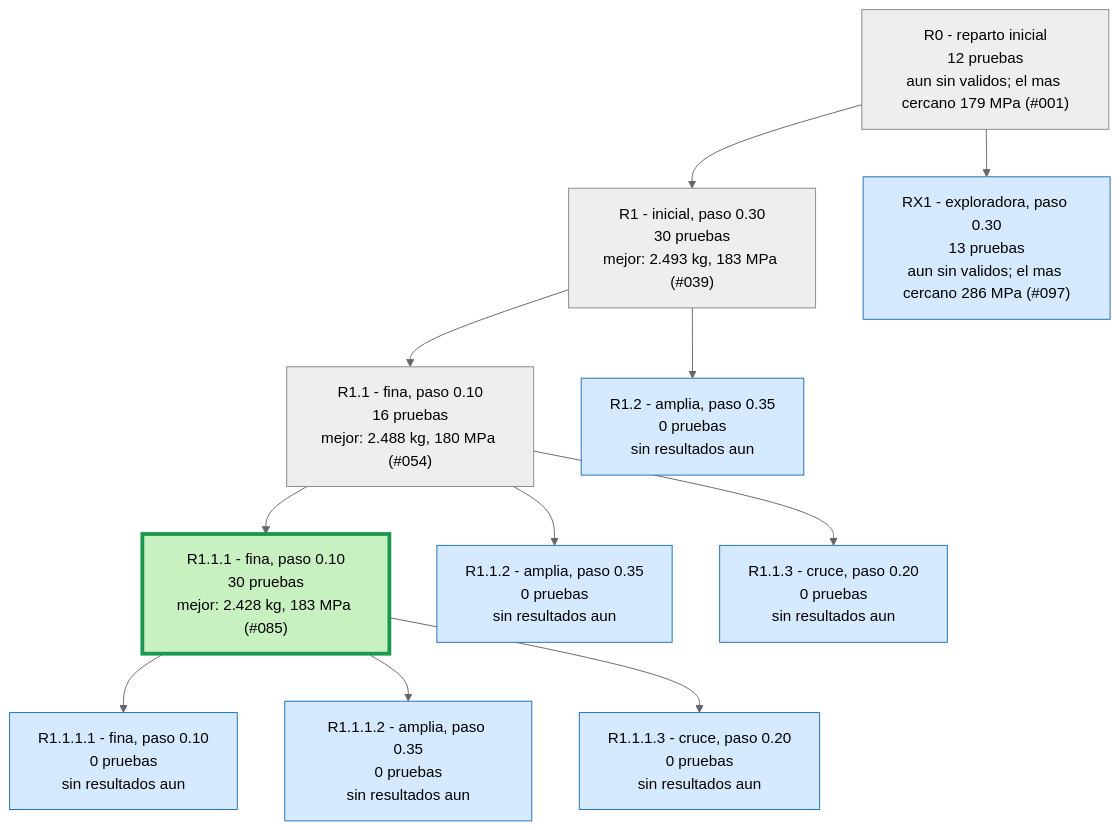
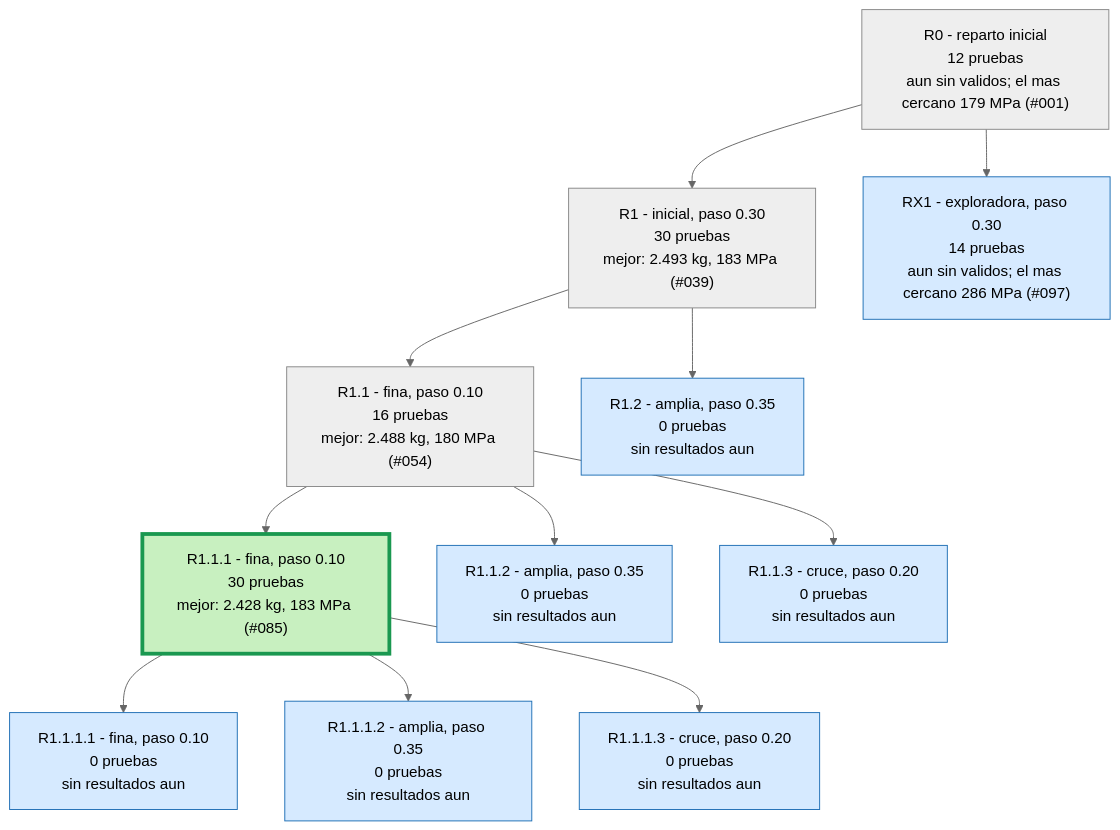
The second of 3 diagrams in runs/opt_37800N/ARBOL.md (Hugiko/msd-soporte-optimizacion), drawn with Mermaid (neutral theme) before and after one commit. The commit also changed 19 other files, not shown here.

````diff
--- a/runs/opt_37800N/ARBOL.md
+++ b/runs/opt_37800N/ARBOL.md
@@ -25,27 +25,27 @@
 ```mermaid
 graph TD
 classDef activa fill:#d6eaff,stroke:#1f6fb5,color:#000
 classDef fin fill:#eeeeee,stroke:#888,color:#000
 classDef mejor fill:#c8f0c0,stroke:#1a9850,stroke-width:4px,color:#000
 R0["R0 - reparto inicial<br/>12 pruebas<br/>aun sin validos; el mas cercano 179 MPa (#001)"]:::fin
 R1["R1 - inicial, paso 0.30<br/>30 pruebas<br/>mejor: 2.493 kg, 183 MPa (#039)"]:::fin
 R0 --> R1
 R1_1["R1.1 - fina, paso 0.10<br/>16 pruebas<br/>mejor: 2.488 kg, 180 MPa (#054)"]:::fin
 R1 --> R1_1
 R1_2["R1.2 - amplia, paso 0.35<br/>0 pruebas<br/>sin resultados aun"]:::activa
 R1 --> R1_2
 R1_1_1["R1.1.1 - fina, paso 0.10<br/>30 pruebas<br/>mejor: 2.428 kg, 183 MPa (#085)"]:::mejor
 R1_1 --> R1_1_1
 R1_1_2["R1.1.2 - amplia, paso 0.35<br/>0 pruebas<br/>sin resultados aun"]:::activa
 R1_1 --> R1_1_2
 R1_1_3["R1.1.3 - cruce, paso 0.20<br/>0 pruebas<br/>sin resultados aun"]:::activa
 R1_1 --> R1_1_3
 R1_1_1_1["R1.1.1.1 - fina, paso 0.10<br/>0 pruebas<br/>sin resultados aun"]:::activa
 R1_1_1 --> R1_1_1_1
 R1_1_1_2["R1.1.1.2 - amplia, paso 0.35<br/>0 pruebas<br/>sin resultados aun"]:::activa
 R1_1_1 --> R1_1_1_2
 R1_1_1_3["R1.1.1.3 - cruce, paso 0.20<br/>0 pruebas<br/>sin resultados aun"]:::activa
 R1_1_1 --> R1_1_1_3
-RX1["RX1 - exploradora, paso 0.30<br/>13 pruebas<br/>aun sin validos; el mas cercano 286 MPa (#097)"]:::activa
+RX1["RX1 - exploradora, paso 0.30<br/>14 pruebas<br/>aun sin validos; el mas cercano 286 MPa (#097)"]:::activa
 R0 --> RX1
 ```
````
